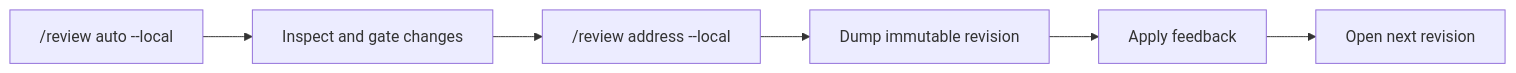
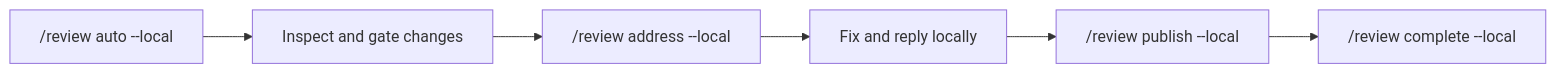
One commit to difflab-io/diffpi changed the first of 2 diagrams in docs/user-guide.md. Above: the diagram before and after it, drawn with Mermaid. The commit also changed other lines of this file and 82 other files, not shown here.

````diff
--- a/docs/user-guide.md
+++ b/docs/user-guide.md
@@ -88,8 +88,8 @@
 ```mermaid
 flowchart LR
   A["/review auto --local"] --> B[Inspect and gate changes]
   B --> C["/review address --local"]
-  C --> D[Dump immutable revision]
-  D --> E[Apply feedback]
-  E --> F[Open next revision]
+  C --> D[Fix and reply locally]
+  D --> E["/review publish --local"]
+  E --> F["/review complete --local"]
 ```
````
